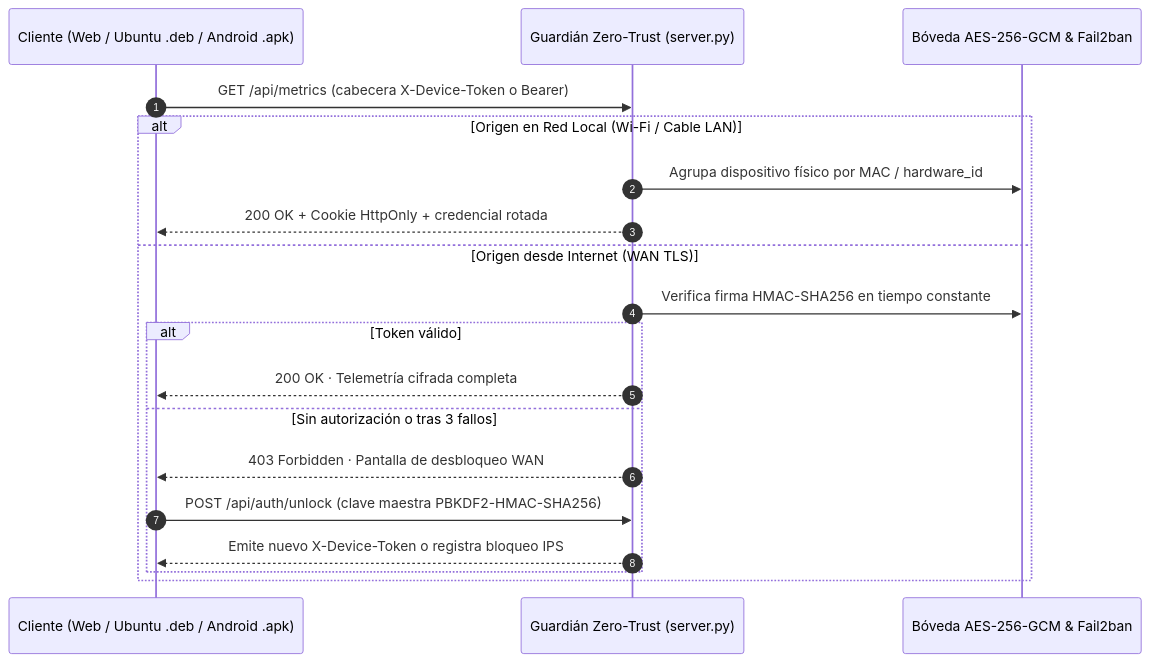
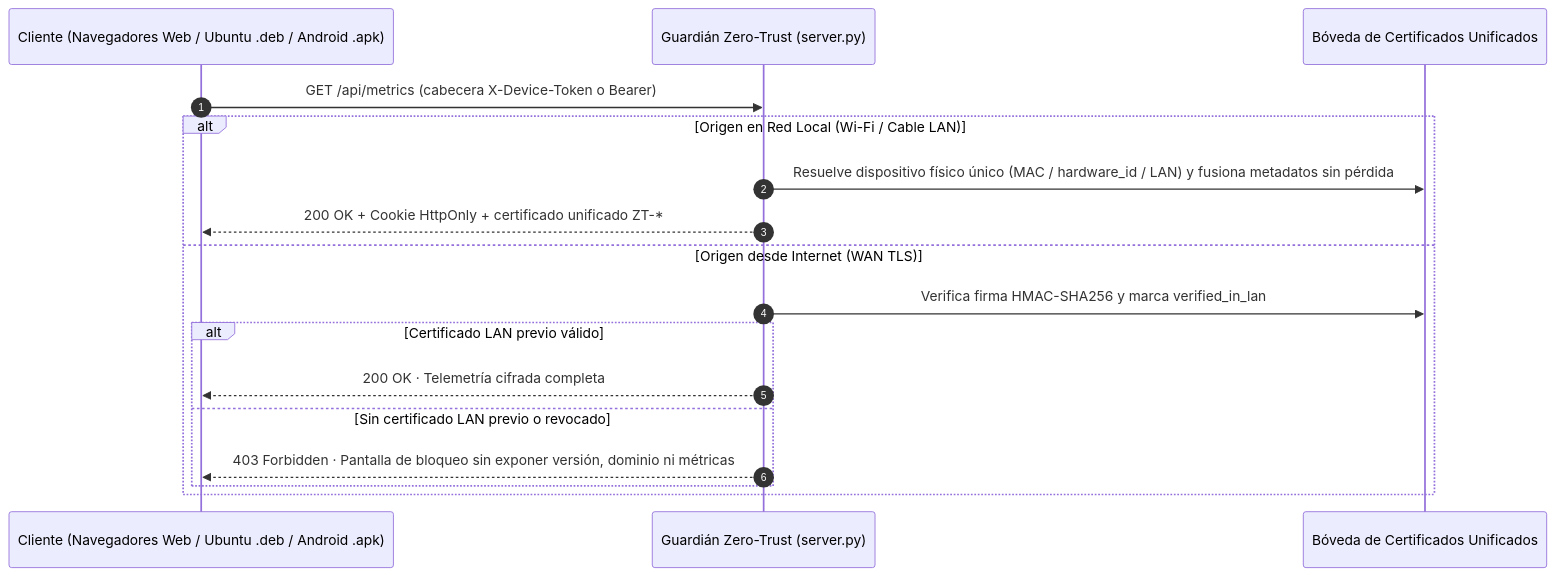
Before and after one commit to cminewarIA/recursos-ui: the third of 3 diagrams in README.md, drawn with Mermaid. The commit also changed other lines of this file and 17 other files, not shown here.

````diff
--- a/README.md
+++ b/README.md
@@ -191,22 +191,20 @@
 ```mermaid
 sequenceDiagram
     autonumber
-    participant C as Cliente (Web / Ubuntu .deb / Android .apk)
+    participant C as Cliente (Navegadores Web / Ubuntu .deb / Android .apk)
     participant G as Guardián Zero-Trust (server.py)
-    participant B as Bóveda AES-256-GCM & Fail2ban
+    participant B as Bóveda de Certificados Unificados
 
     C->>G: GET /api/metrics (cabecera X-Device-Token o Bearer)
     alt Origen en Red Local (Wi-Fi / Cable LAN)
-        G->>B: Agrupa dispositivo físico por MAC / hardware_id
-        G-->>C: 200 OK + Cookie HttpOnly + credencial rotada
+        G->>B: Resuelve dispositivo físico único (MAC / hardware_id / LAN) y fusiona metadatos sin pérdida
+        G-->>C: 200 OK + Cookie HttpOnly + certificado unificado ZT-*
     else Origen desde Internet (WAN TLS)
-        G->>B: Verifica firma HMAC-SHA256 en tiempo constante
-        alt Token válido
+        G->>B: Verifica firma HMAC-SHA256 y marca verified_in_lan
+        alt Certificado LAN previo válido
             G-->>C: 200 OK · Telemetría cifrada completa
-        else Sin autorización o tras 3 fallos
-            G-->>C: 403 Forbidden · Pantalla de desbloqueo WAN
-            C->>G: POST /api/auth/unlock (clave maestra PBKDF2-HMAC-SHA256)
-            G-->>C: Emite nuevo X-Device-Token o registra bloqueo IPS
+        else Sin certificado LAN previo o revocado
+            G-->>C: 403 Forbidden · Pantalla de bloqueo sin exponer versión, dominio ni métricas
         end
     end
 ```
````
